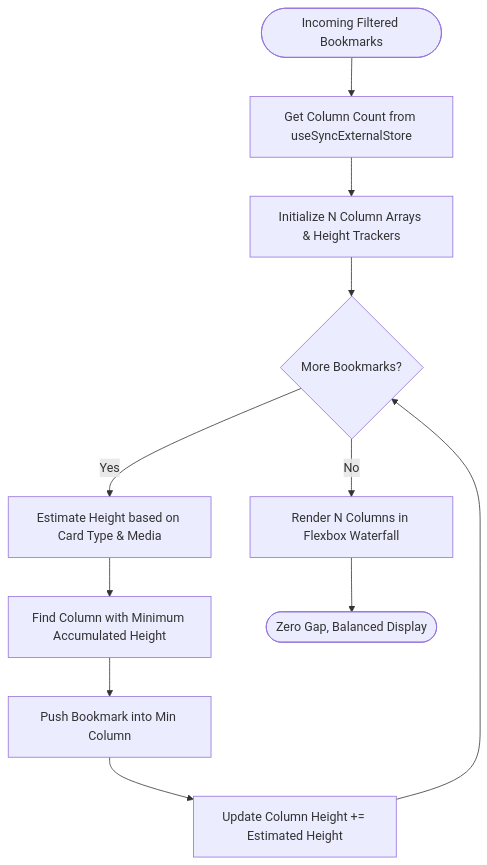
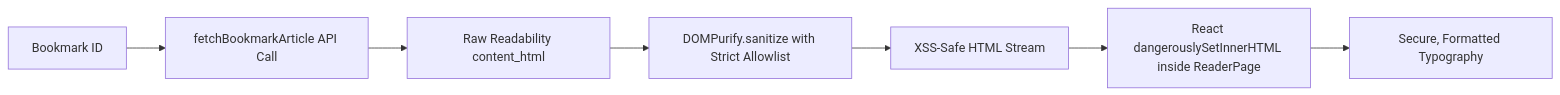
Before and after one commit to vaddadi-abhishek/Tagger_Web: the third of 3 diagrams in README.md, drawn with Mermaid. The commit also changed other lines of this file and 6 other files, not shown here.

Commit message:
feat(security): implement DOMPurify XSS sanitization, password regex, CSP header, and split docs into DETAILS.md

````diff
--- a/README.md
+++ b/README.md
@@ -226,13 +106,9 @@
 ```mermaid
-flowchart TD
-    Start([Incoming Filtered Bookmarks]) --> GetCols[Get Column Count from useSyncExternalStore]
-    GetCols --> Init[Initialize N Column Arrays & Height Trackers]
-    Init --> Loop{More Bookmarks?}
-    Loop -- Yes --> CalcH[Estimate Height based on Card Type & Media]
-    CalcH --> FindMin[Find Column with Minimum Accumulated Height]
-    FindMin --> Push[Push Bookmark into Min Column]
-    Push --> AddH[Update Column Height += Estimated Height]
-    AddH --> Loop
-    Loop -- No --> Render[Render N Columns in Flexbox Waterfall]
-    Render --> Done([Zero Gap, Balanced Display])
+flowchart LR
+    ID[Bookmark ID] --> Fetch[fetchBookmarkArticle API Call]
+    Fetch --> RawHTML[Raw Readability content_html]
+    RawHTML --> DOMPurify[DOMPurify.sanitize with Strict Allowlist]
+    DOMPurify --> SafeHTML[XSS-Safe HTML Stream]
+    SafeHTML --> Render[React dangerouslySetInnerHTML inside ReaderPage]
+    Render --> UI[Secure, Formatted Typography]
 ```
````
